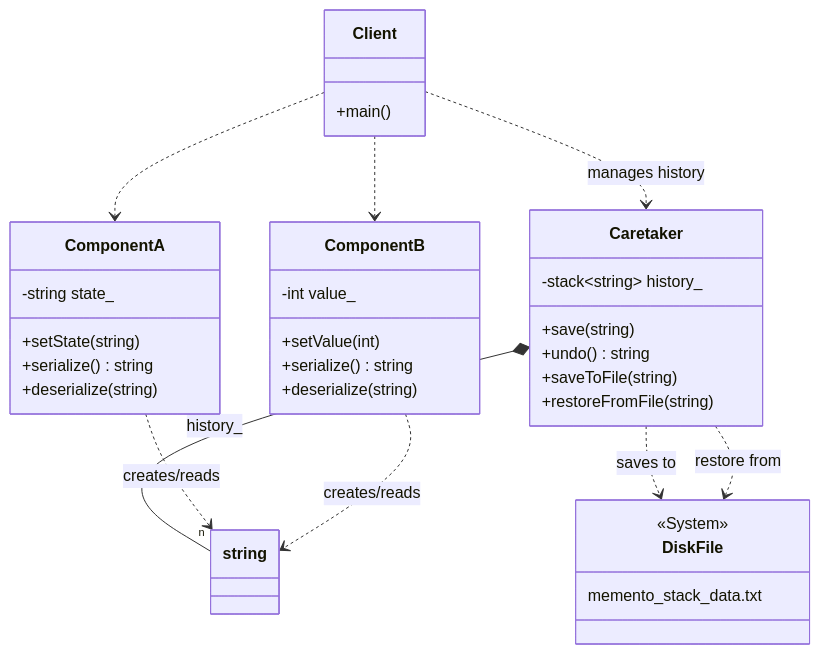
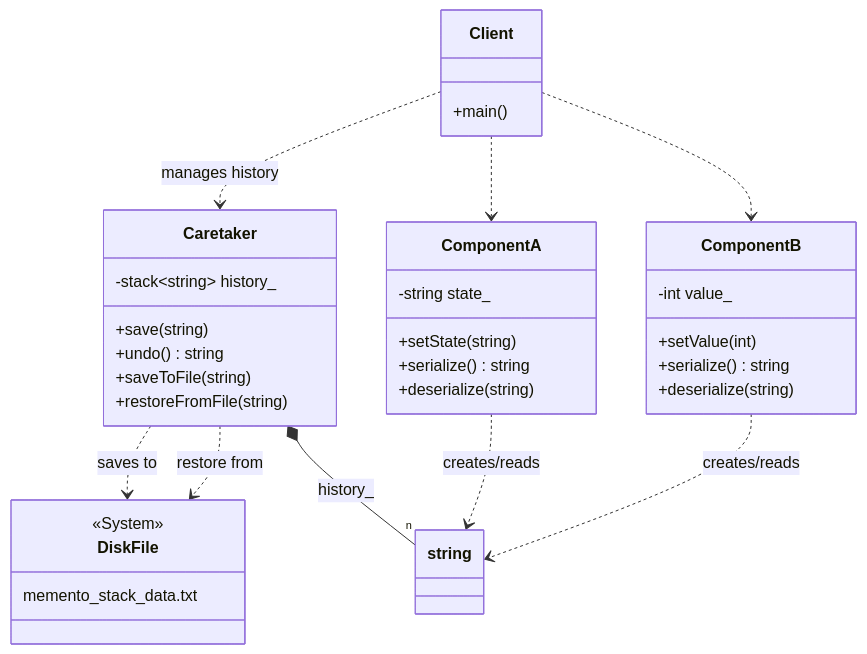
The diagram in 23_Memento/Memento_String/diagram.md (MarioGalindoQ/Modern-CPP-Design-Patterns), drawn with Mermaid before and after one commit. The commit also changed other lines of this file, not shown here.

Commit message:
Improvement in UML

````diff
--- a/23_Memento/Memento_String/diagram.md
+++ b/23_Memento/Memento_String/diagram.md
@@ -3,49 +3,49 @@
 ```mermaid
 classDiagram
     class ComponentA {
         -string state_
         +setState(string)
         +serialize() string
         +deserialize(string)
     }
 
     class ComponentB {
         -int value_
         +setValue(int)
         +serialize() string
         +deserialize(string)
     }
 
     class Caretaker {
         -stack~string~ history_
         +save(string)
         +undo() string
         +saveToFile(string)
         +restoreFromFile(string)
     }
 
     class DiskFile {
         <<System>>
         memento_stack_data.txt
     }
 
     class Client {
         +main()
     }
 
+    %% Persistence relationship
+    Caretaker ..> DiskFile : saves to
+    Caretaker ..> DiskFile : restore from
+
     %% The Caretaker owns a collection of serialized states
     Caretaker *-- "n" string : history_
 
     %% Originators depend on strings to export/import state
     ComponentA ..> string : creates/reads
     ComponentB ..> string : creates/reads
 
-    %% Persistence relationship
-    Caretaker ..> DiskFile : saves to
-    Caretaker ..> DiskFile : restore from
-
     %% Client manages the workflow
     Client ..> Caretaker : manages history
     Client ..> ComponentA
     Client ..> ComponentB
 ```
````
